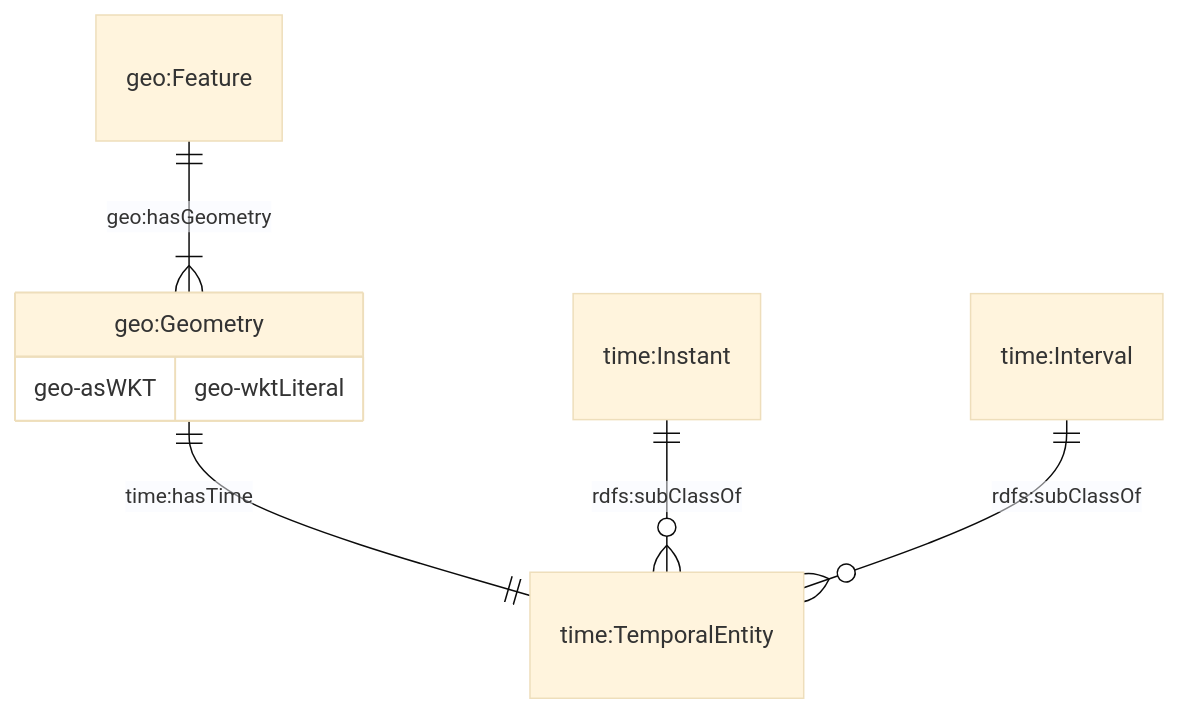
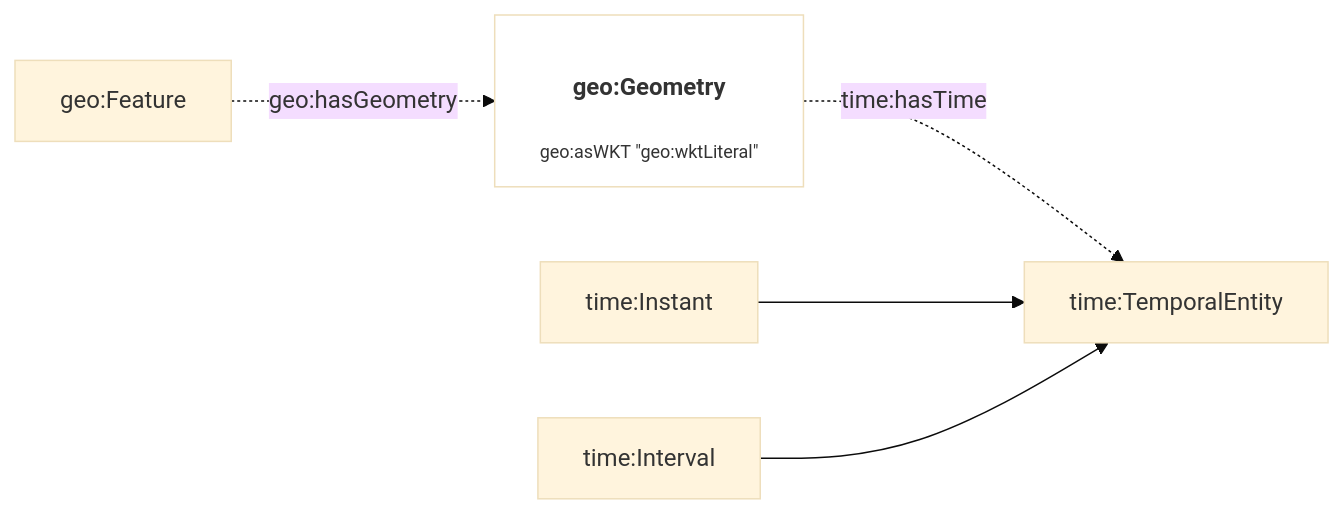
One commit to cambridge-cares/TheWorldAvatar changed the tenth of 13 diagrams in JPS_Ontology/ontology/ontowastemanagement/README.md. Above: the diagram before and after it, drawn with Mermaid (base theme). The commit also changed other lines of this file and 1 other file, not shown here.

Commit message:
dev-service-execution-ontology-extension: update to flowchart diagram in ontoservice and ontowastemanagement

````diff
--- a/JPS_Ontology/ontology/ontowastemanagement/README.md
+++ b/JPS_Ontology/ontology/ontowastemanagement/README.md
@@ -389,8 +394,13 @@
 ```mermaid
-    erDiagram
-    "geo:Feature" ||--|{ "geo:Geometry" : "geo:hasGeometry"
-    "geo:Geometry" {geo-asWKT geo-wktLiteral}
-    "geo:Geometry" ||--|| "time:TemporalEntity" : "time:hasTime"
-    "time:Instant" ||--o{ "time:TemporalEntity" : "rdfs:subClassOf"
-    "time:Interval" ||--o{ "time:TemporalEntity" : "rdfs:subClassOf"
+flowchart LR
+    %% Styling
+    classDef literal fill:none
+    classDef node overflow-wrap:break-word,text-wrap:pretty
+    linkStyle default overflow-wrap:break-word,text-wrap:pretty;
+
+    %% Contents
+    Feature[geo:Feature] -. geo:hasGeometry .-> Geometry["<h4>geo:Geometry</h4><p style='font-size:0.75rem;'>geo:asWKT &quot;geo:wktLiteral&quot;</p>"]:::literal
+    Geometry -. time:hasTime .-> TemporalEntity[time:TemporalEntity]
+    time:Instant --> TemporalEntity
+    time:Interval --> TemporalEntity
 ```
````
